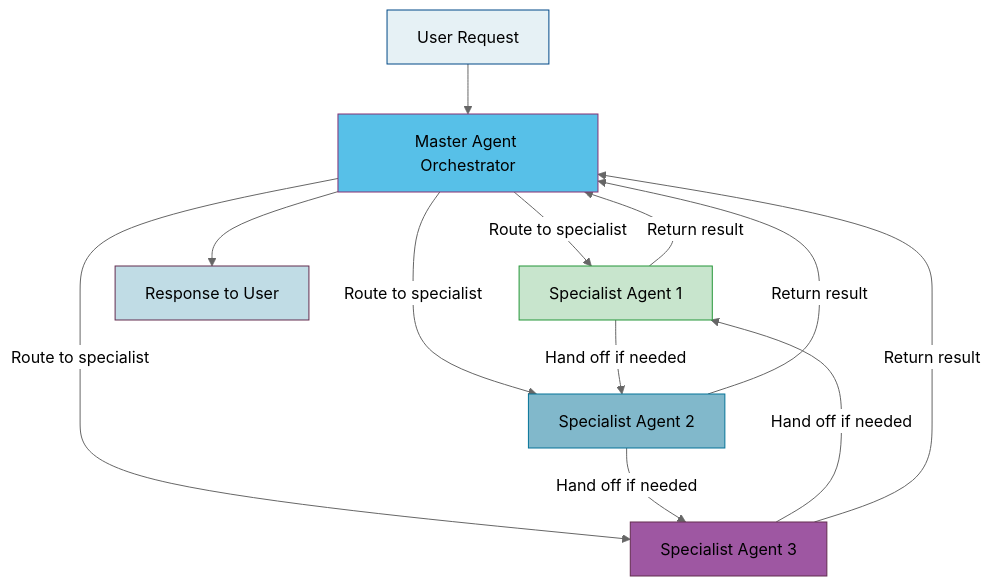
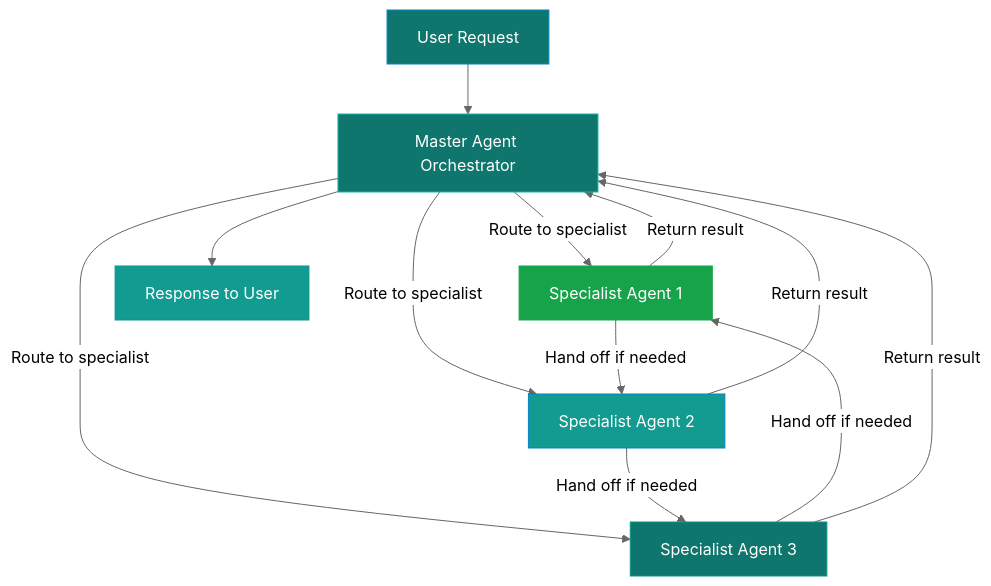
Before and after one commit to nitin27may/ai-resources: the sixth of 6 diagrams in docs/patterns/design-patterns.md, drawn with Mermaid (neutral theme). The commit also changed other lines of this file and 84 other files, not shown here.

````diff
--- a/docs/patterns/design-patterns.md
+++ b/docs/patterns/design-patterns.md
@@ -275,25 +274,25 @@
 ```mermaid
 graph TD
     User[User Request] --> Master[Master Agent Orchestrator]
     
     Master -->|Route to specialist| Specialist1[Specialist Agent 1]
     Master -->|Route to specialist| Specialist2[Specialist Agent 2]
     Master -->|Route to specialist| Specialist3[Specialist Agent 3]
     
     Specialist1 -->|Hand off if needed| Specialist2
     Specialist2 -->|Hand off if needed| Specialist3
     Specialist3 -->|Hand off if needed| Specialist1
     
     Specialist1 -->|Return result| Master
     Specialist2 -->|Return result| Master
     Specialist3 -->|Return result| Master
     
     Master --> Response[Response to User]
     
-    style User fill:#E6F1F5,stroke:#004987,color:#000
-    style Master fill:#57C0E8,stroke:#853175,color:#000
-    style Specialist1 fill:#C8E5CD,stroke:#259638,color:#000
-    style Specialist2 fill:#81B8CB,stroke:#057398,color:#000
-    style Specialist3 fill:#9E57A2,stroke:#632C4F,color:#000
-    style Response fill:#C0DCE5,stroke:#632C4F,color:#000
+    style User fill:#0f766e,stroke:#0284c7,color:#fff
+    style Master fill:#0f766e,stroke:#14b8a6,color:#fff
+    style Specialist1 fill:#16a34a,stroke:#16a34a,color:#fff
+    style Specialist2 fill:#119b91,stroke:#0284c7,color:#fff
+    style Specialist3 fill:#0f766e,stroke:#0d9488,color:#fff
+    style Response fill:#119b91,stroke:#0d9488,color:#fff
 ```
````
